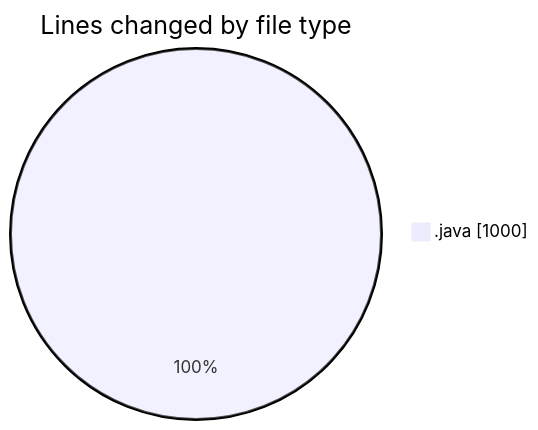
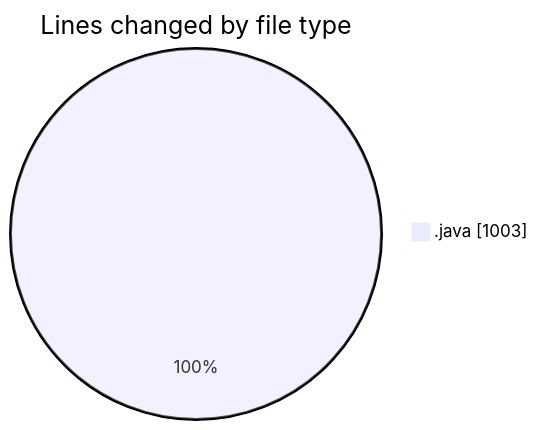
One commit to ricardozamudiocil/code-tracking changed the first of 2 diagrams in 2026-03-18/cilapp/README.md. Above: the diagram before and after it, drawn with Mermaid. The commit also changed other lines of this file and 1 other file, not shown here.

````diff
--- a/2026-03-18/cilapp/README.md
+++ b/2026-03-18/cilapp/README.md
@@ -20,5 +20,5 @@
 ```mermaid
 pie showData
 title Lines changed by file type
-".java" : 1000
+".java" : 1003
 ```
````
